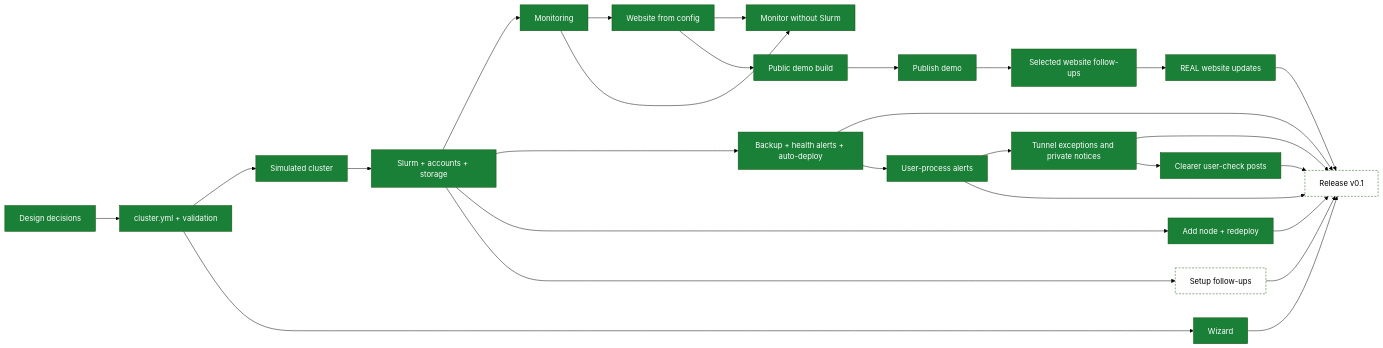
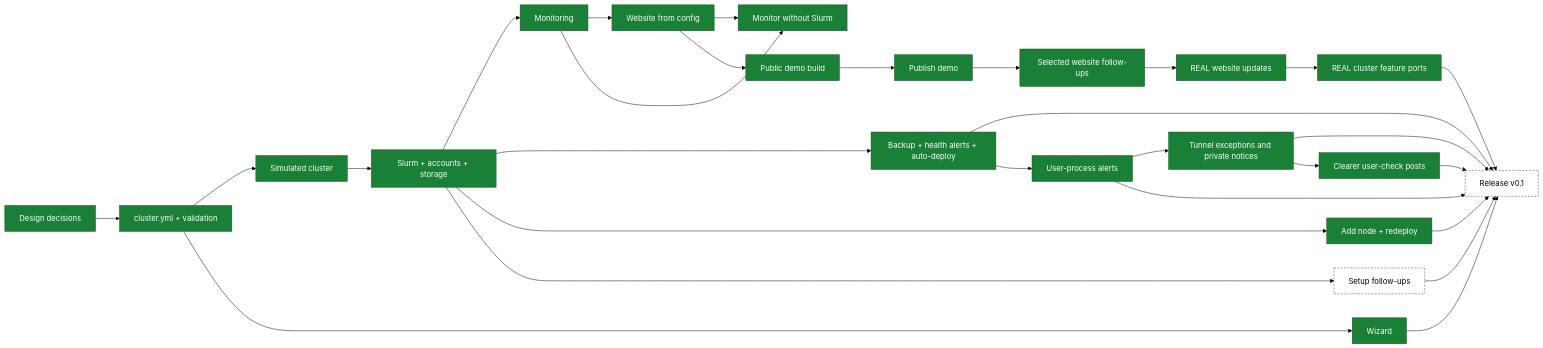
One commit to enajx/nanoHPC changed the diagram in TODO.md. Above: the diagram before and after it, drawn with Mermaid (forest theme). The commit also changed other lines of this file and 56 other files, not shown here.

First line of the commit message:
Port REAL cluster updates and add repository status badges

````diff
--- a/TODO.md
+++ b/TODO.md
@@ -11,33 +11,34 @@
 ```mermaid
 flowchart LR
   classDef done fill:#1a7f37,color:#fff
   classDef wip fill:#d4a72c,color:#000
   classDef queued fill:none,stroke-dasharray:4 3
 
   D[Design decisions]:::done --> C[cluster.yml + validation]:::done
   C --> SIM[Simulated cluster]:::done
   SIM --> S[Slurm + accounts + storage]:::done
   S --> M[Monitoring]:::done
   M --> W[Website from config]:::done
   S --> BK[Backup + health alerts + auto-deploy]:::done
   C --> WZ[Wizard]:::done
   M --> MO[Monitor without Slurm]:::done
   W --> MO
   S --> N[Add node + redeploy]:::done
   W --> DEMO[Public demo build]:::done
   DEMO --> DP[Publish demo]:::done
   DP --> WF[Selected website follow-ups]:::done
   WF --> NW[REAL website updates]:::done
-  NW --> R[Release v0.1]:::queued
+  NW --> RF[REAL cluster feature ports]:::done
+  RF --> R[Release v0.1]:::queued
   BK --> R
   BK --> UC[User-process alerts]:::done
   UC --> UA[Tunnel exceptions and private notices]:::done
   UC --> R
   UA --> R
   UA --> CP[Clearer user-check posts]:::done
   CP --> R
   WZ --> R
   N --> R
   S --> F[Setup follow-ups]:::queued
   F --> R
 ```
````
